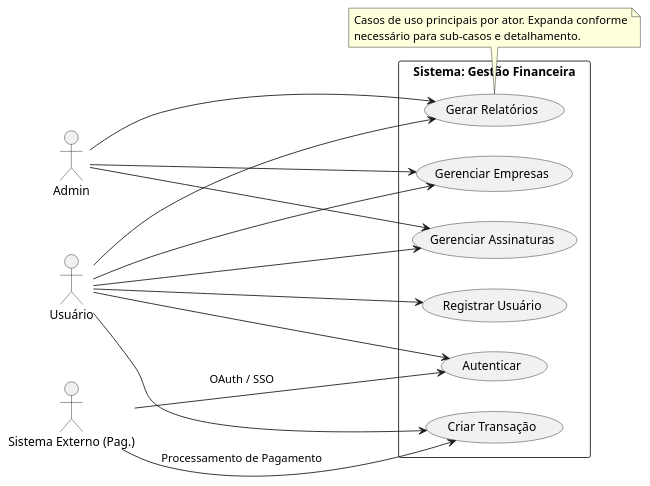
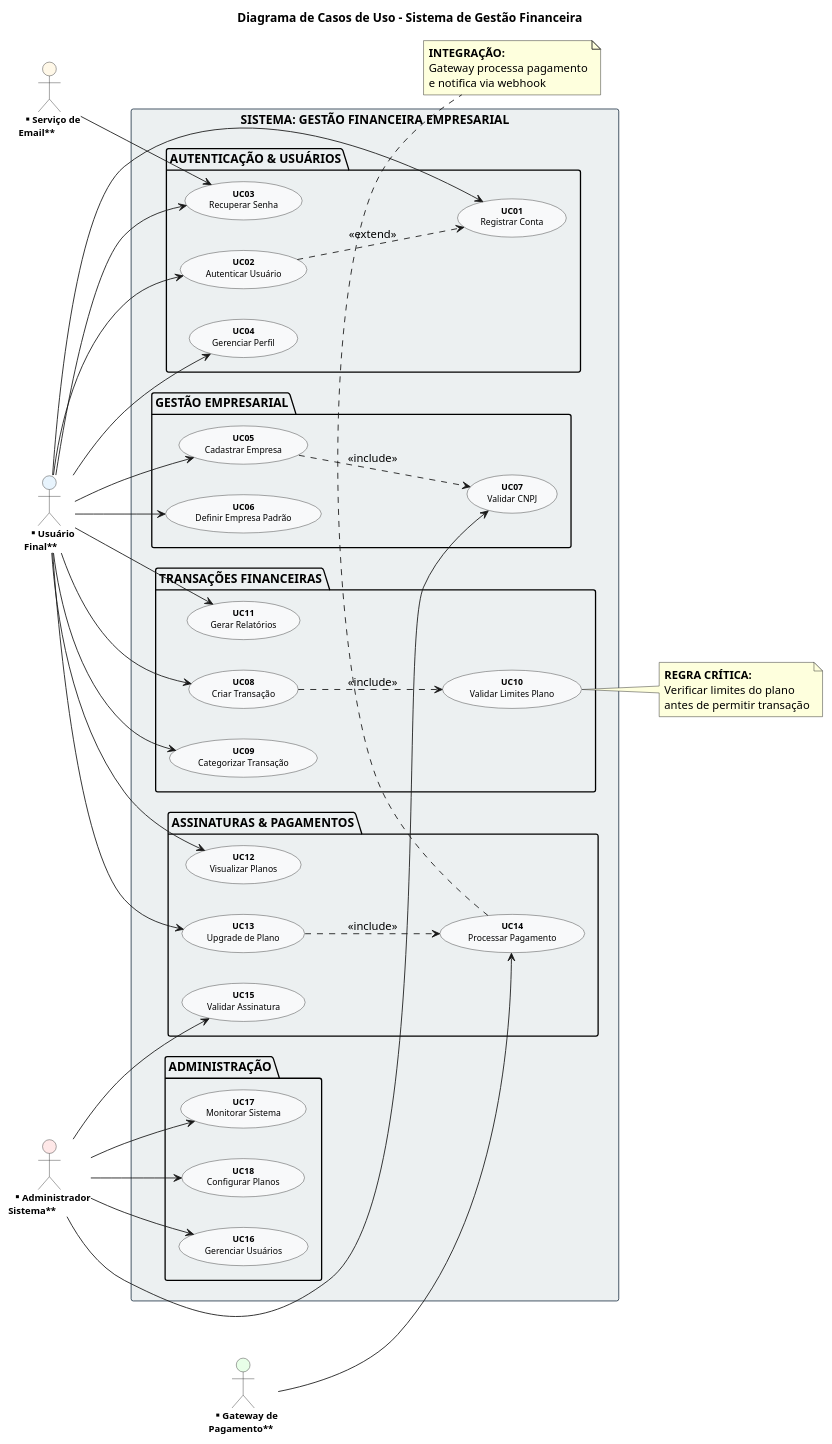
The diagram in docs/diagrams/use-case.puml (vinicius00franco/doc-es3-gestao-empresas-financeiro), drawn with PlantUML before and after one commit. The commit also changed 4 other files, not shown here.

Commit message:
Refactor diagrams and enhance documentation for the financial management system; improve clarity, structure, and visual presentation across all UML diagrams.

```diff
--- a/docs/diagrams/use-case.puml
+++ b/docs/diagrams/use-case.puml
@@ -1,38 +1,110 @@
-@startuml
-' Diagrama de Casos de Uso
+@startuml UseCaseDiagram
+title Diagrama de Casos de Uso - Sistema de Gestão Financeira
+' Configurações profissionais
 skinparam defaultFontColor #000000
+skinparam backgroundColor white
+skinparam usecase {
+    BorderColor #333333
+    BackgroundColor #F8F9FA
+    FontSize 10
+}
+skinparam actor {
+    BorderColor #333333
+    BackgroundColor #E8F4FD
+    FontSize 11
+    FontStyle bold
+}
+skinparam rectangle {
+    BorderColor #2C3E50
+    BackgroundColor #ECF0F1
+    FontStyle bold
+}
+
 left to right direction
 
-actor "Usuário" as User
-actor "Admin" as Admin
-actor "Sistema Externo (Pag.)" as External
+' Atores principais
+actor "**Usuário\nFinal**" as User #E8F4FD
+actor "**Administrador\nSistema**" as Admin #FFE8E8
+actor "**Gateway de\nPagamento**" as PaymentGW #E8FFE8
+actor "**Serviço de\nEmail**" as EmailService #FFF8E8
 
-rectangle "Sistema: Gestão Financeira" {
-  usecase "Registrar Usuário" as UC1
-  usecase "Autenticar" as UC2
-  usecase "Gerenciar Empresas" as UC3
-  usecase "Criar Transação" as UC4
-  usecase "Gerar Relatórios" as UC5
-  usecase "Gerenciar Assinaturas" as UC6
+rectangle "**SISTEMA: GESTÃO FINANCEIRA EMPRESARIAL**" {
+    
+    package "**AUTENTICAÇÃO & USUÁRIOS**" {
+        usecase "**UC01**\nRegistrar Conta" as UC01
+        usecase "**UC02**\nAutenticar Usuário" as UC02
+        usecase "**UC03**\nRecuperar Senha" as UC03
+        usecase "**UC04**\nGerenciar Perfil" as UC04
+    }
+    
+    package "**GESTÃO EMPRESARIAL**" {
+        usecase "**UC05**\nCadastrar Empresa" as UC05
+        usecase "**UC06**\nDefinir Empresa Padrão" as UC06
+        usecase "**UC07**\nValidar CNPJ" as UC07
+    }
+    
+    package "**TRANSAÇÕES FINANCEIRAS**" {
+        usecase "**UC08**\nCriar Transação" as UC08
+        usecase "**UC09**\nCategorizar Transação" as UC09
+        usecase "**UC10**\nValidar Limites Plano" as UC10
+        usecase "**UC11**\nGerar Relatórios" as UC11
+    }
+    
+    package "**ASSINATURAS & PAGAMENTOS**" {
+        usecase "**UC12**\nVisualizar Planos" as UC12
+        usecase "**UC13**\nUpgrade de Plano" as UC13
+        usecase "**UC14**\nProcessar Pagamento" as UC14
+        usecase "**UC15**\nValidar Assinatura" as UC15
+    }
+    
+    package "**ADMINISTRAÇÃO**" {
+        usecase "**UC16**\nGerenciar Usuários" as UC16
+        usecase "**UC17**\nMonitorar Sistema" as UC17
+        usecase "**UC18**\nConfigurar Planos" as UC18
+    }
 }
 
-User --> UC1
-User --> UC2
-User --> UC3
-User --> UC4
-User --> UC5
-User --> UC6
+' Relacionamentos dos usuários
+User --> UC01
+User --> UC02
+User --> UC03
+User --> UC04
+User --> UC05
+User --> UC06
+User --> UC08
+User --> UC09
+User --> UC11
+User --> UC12
+User --> UC13
 
-Admin --> UC3
-Admin --> UC5
-Admin --> UC6
+' Relacionamentos do administrador
+Admin --> UC16
+Admin --> UC17
+Admin --> UC18
+Admin --> UC07
+Admin --> UC15
 
-External --> UC2 : OAuth / SSO
-External --> UC4 : Processamento de Pagamento
+' Relacionamentos dos sistemas externos
+PaymentGW --> UC14
+EmailService --> UC03
 
-note bottom of UC5
-  Casos de uso principais por ator. Expanda conforme
-  necessário para sub-casos e detalhamento.
+' Dependências entre casos de uso
+UC02 ..> UC01 : <<extend>>
+UC08 ..> UC10 : <<include>>
+UC13 ..> UC14 : <<include>>
+UC05 ..> UC07 : <<include>>
+
+' Notas explicativas
+note right of UC10
+**REGRA CRÍTICA:**
+Verificar limites do plano
+antes de permitir transação
+end note
+
+note bottom of UC14
+**INTEGRAÇÃO:**
+Gateway processa pagamento
+e notifica via webhook
 end note
 
 @enduml
```
